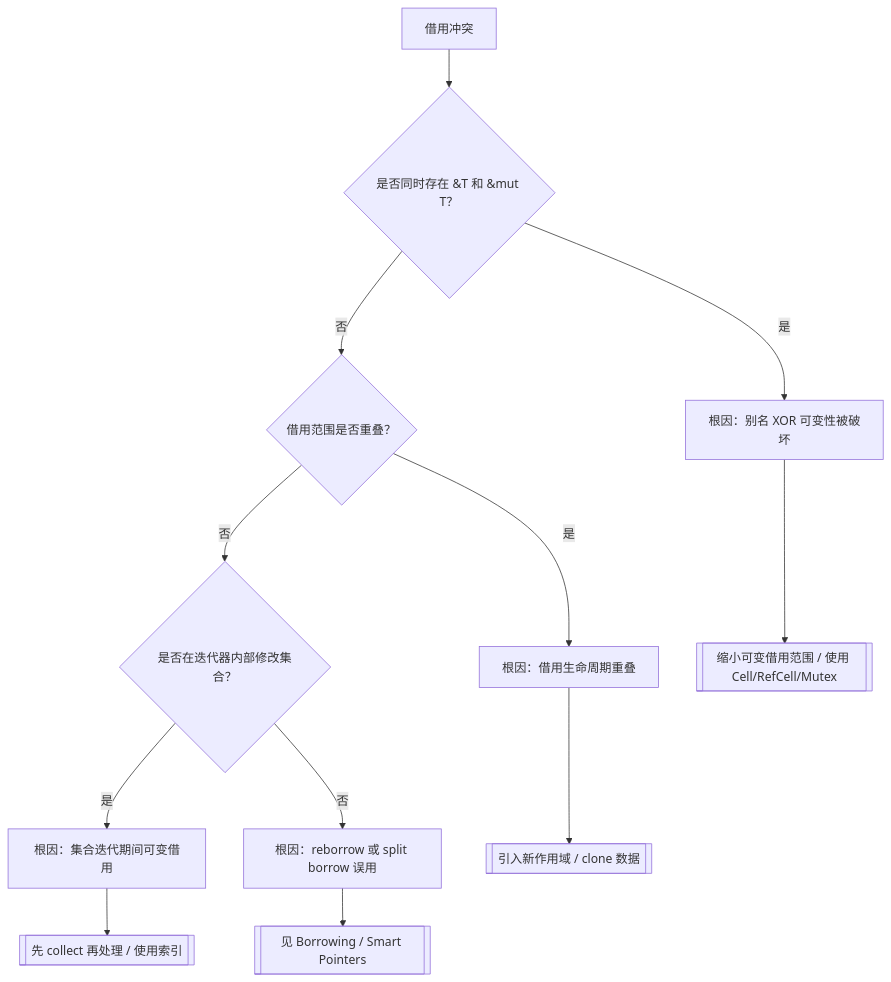
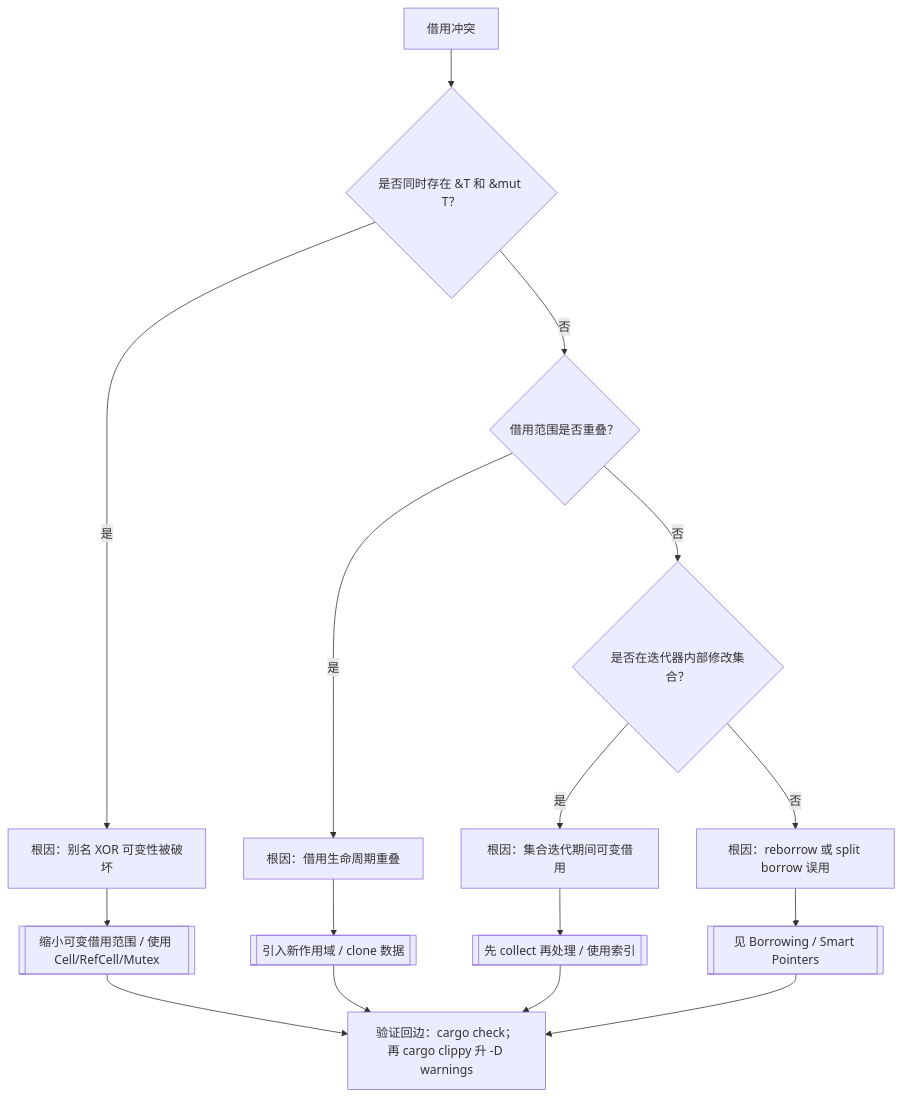
One commit to martin-ly/rust-lang changed the first of 6 diagrams in concept/00_meta/knowledge_topology/09_reasoning_judgment_tree_atlas.md. Above: the diagram before and after it, drawn with Mermaid. The commit also changed other lines of this file and 100 other files, not shown here.

````diff
--- a/concept/00_meta/knowledge_topology/09_reasoning_judgment_tree_atlas.md
+++ b/concept/00_meta/knowledge_topology/09_reasoning_judgment_tree_atlas.md
@@ -34,14 +34,18 @@
 ```mermaid
 flowchart TD
     B[借用冲突] --> Q1{是否同时存在 &T 和 &mut T？}
     Q1 -->|是| R1[根因：别名 XOR 可变性被破坏]
     Q1 -->|否| Q2{借用范围是否重叠？}
     Q2 -->|是| R2[根因：借用生命周期重叠]
     Q2 -->|否| Q3{是否在迭代器内部修改集合？}
     Q3 -->|是| R3[根因：集合迭代期间可变借用]
     Q3 -->|否| R4[根因：reborrow 或 split borrow 误用]
     R1 --> F1[[缩小可变借用范围 / 使用 Cell/RefCell/Mutex]]
     R2 --> F2[[引入新作用域 / clone 数据]]
     R3 --> F3[[先 collect 再处理 / 使用索引]]
     R4 --> F4[[见 Borrowing / Smart Pointers]]
+    F1 --> V1[验证回边：cargo check；再 cargo clippy 升 -D warnings]
+    F2 --> V1
+    F3 --> V1
+    F4 --> V1
 ```
````
